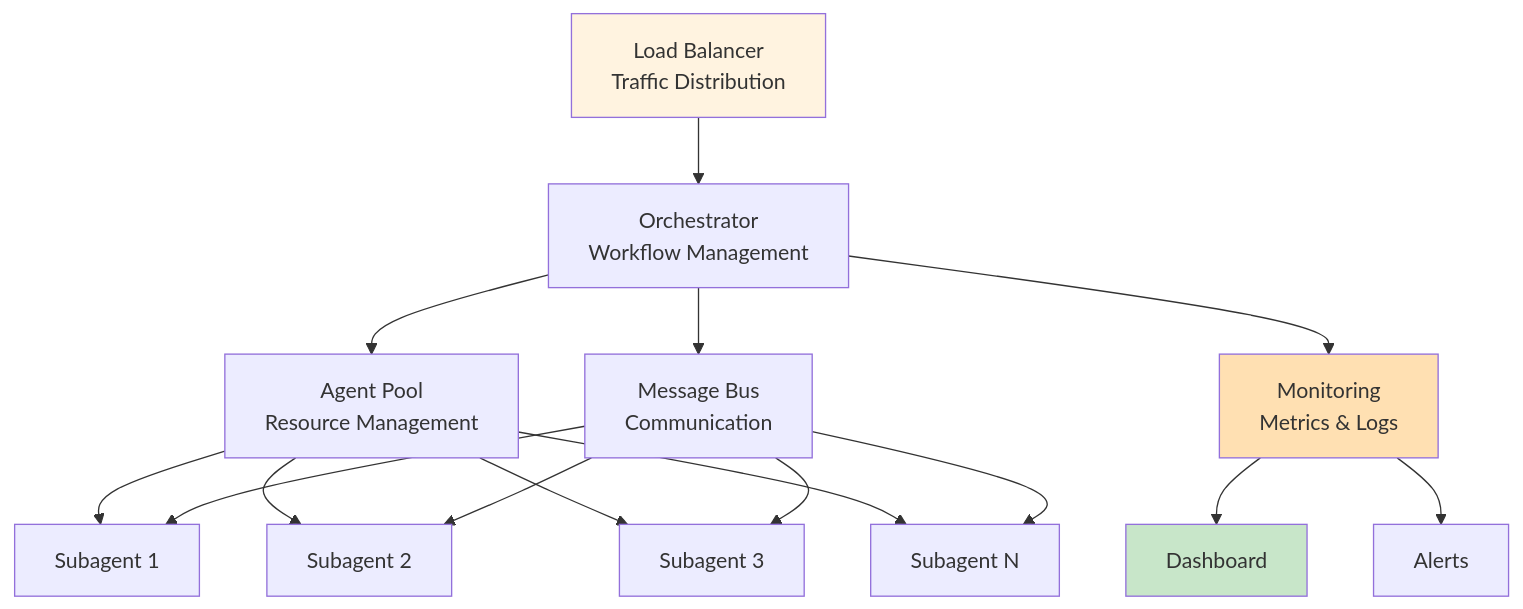
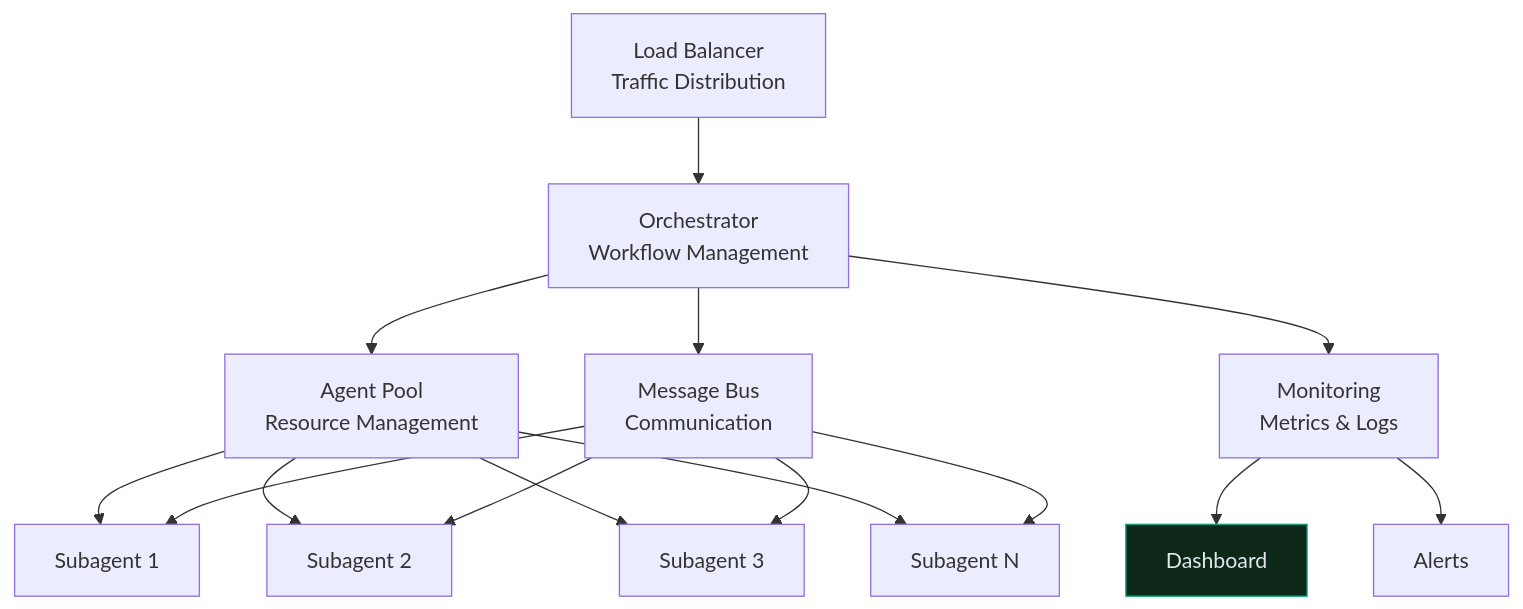
The fourth of 4 diagrams in docs/08_Subagents.md (CagriCatik/claude-ollama-coder), drawn with Mermaid before and after one commit. The commit also changed other lines of this file and 16 other files, not shown here.

````diff
--- a/docs/08_Subagents.md
+++ b/docs/08_Subagents.md
@@ -726,24 +738,22 @@
 ```mermaid
 graph TB
     A["Load Balancer<br/>Traffic Distribution"] --> B["Orchestrator<br/>Workflow Management"]
     
     B --> C["Agent Pool<br/>Resource Management"]
     C --> C1["Subagent 1"]
     C --> C2["Subagent 2"]
     C --> C3["Subagent 3"]
     C --> C4["Subagent N"]
     
     B --> D["Message Bus<br/>Communication"]
     D --> C1
     D --> C2
     D --> C3
     D --> C4
     
     B --> E["Monitoring<br/>Metrics & Logs"]
     E --> F["Dashboard"]
     E --> G["Alerts"]
     
-    style A fill:#fff3e0
-    style E fill:#ffe0b2
-    style F fill:#c8e6c9
+    style F fill:#0d2718,stroke:#00a67e,color:#e2e8f0
 ```
````
